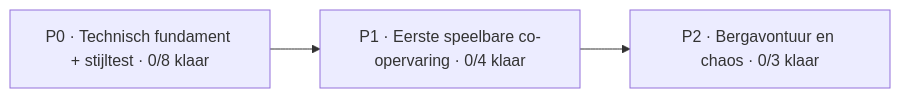
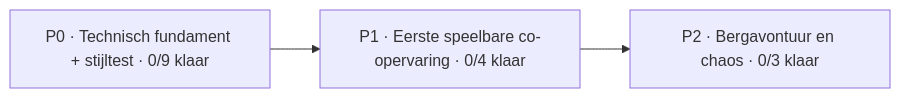
One commit to mlemson/conductor-chaos changed the diagram in Docs/PROJECT_BOARD.md. Above: the diagram before and after it, drawn with Mermaid. The commit also changed other lines of this file, not shown here.

````diff
--- a/Docs/PROJECT_BOARD.md
+++ b/Docs/PROJECT_BOARD.md
@@ -13,7 +13,7 @@
 ```mermaid
 flowchart LR
-    P0["P0 · Technisch fundament + stijltest · 0/8 klaar"]
+    P0["P0 · Technisch fundament + stijltest · 0/9 klaar"]
     P1["P1 · Eerste speelbare co-opervaring · 0/4 klaar"]
     P2["P2 · Bergavontuur en chaos · 0/3 klaar"]
     P0 --> P1 --> P2
 ```
````
